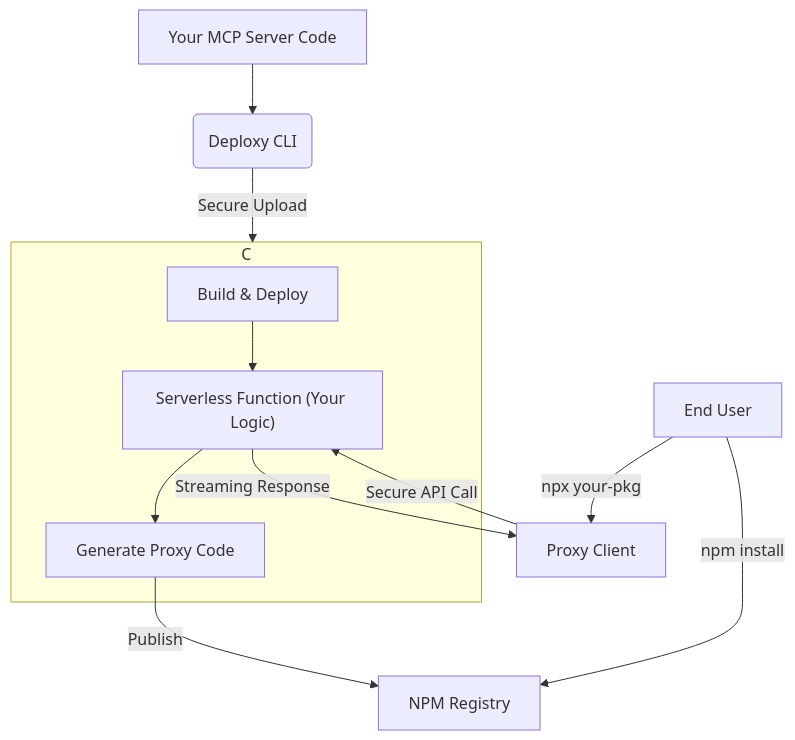
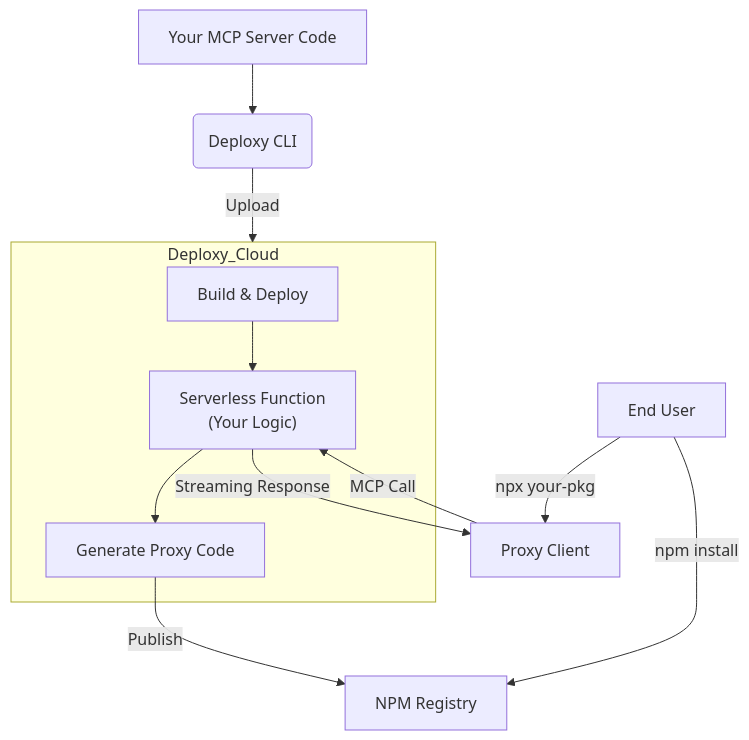
The diagram in getting-started/introduction.mdx (deploxy/docs), drawn with Mermaid before and after one commit.

Commit message:
📝 update arch docs

````diff
--- a/getting-started/introduction.mdx
+++ b/getting-started/introduction.mdx
@@ -65,14 +65,15 @@
 ```mermaid
 graph TD
     A[Your MCP Server Code] --> B(Deploxy CLI);
-    B -- Secure Upload --> C{Deploxy Cloud};
-    subgraph C
-        D[Build & Deploy] --> E["Serverless Function (Your Logic)"];
+    B -- Upload --> Deploxy_Cloud{Deploxy Cloud};
+    subgraph Deploxy_Cloud
+        D[Build & Deploy] --> E["Serverless Function 
+        (Your Logic)"];
         E --> F[Generate Proxy Code];
     end
     F -- Publish --> G[NPM Registry];
     H[End User] -- npm install --> G;
     H -- npx your-pkg --> I[Proxy Client];
-    I -- Secure API Call --> E;
+    I -- MCP Call --> E;
     E -- Streaming Response --> I;
 ```
````
